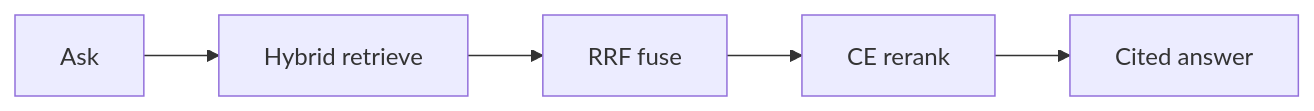
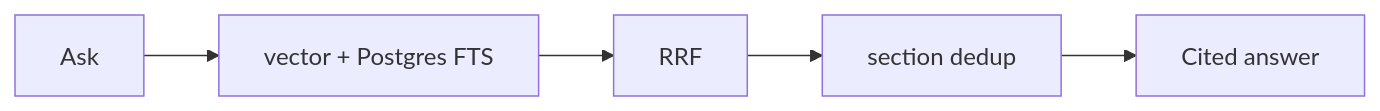
One commit to Alpha-W0lf/mechanic_rag changed the diagram in README.md. Above: the diagram before and after it, drawn with Mermaid. The commit also changed other lines of this file and 1 other file, not shown here.

````diff
--- a/README.md
+++ b/README.md
@@ -42,7 +42,7 @@
 ```mermaid
 flowchart LR
-  A[Ask] --> H[Hybrid retrieve]
-  H --> R[RRF fuse]
-  R --> C[CE rerank]
-  C --> O[Cited answer]
+  A[Ask] --> H[vector + Postgres FTS]
+  H --> R[RRF]
+  R --> D[section dedup]
+  D --> O[Cited answer]
 ```
````
